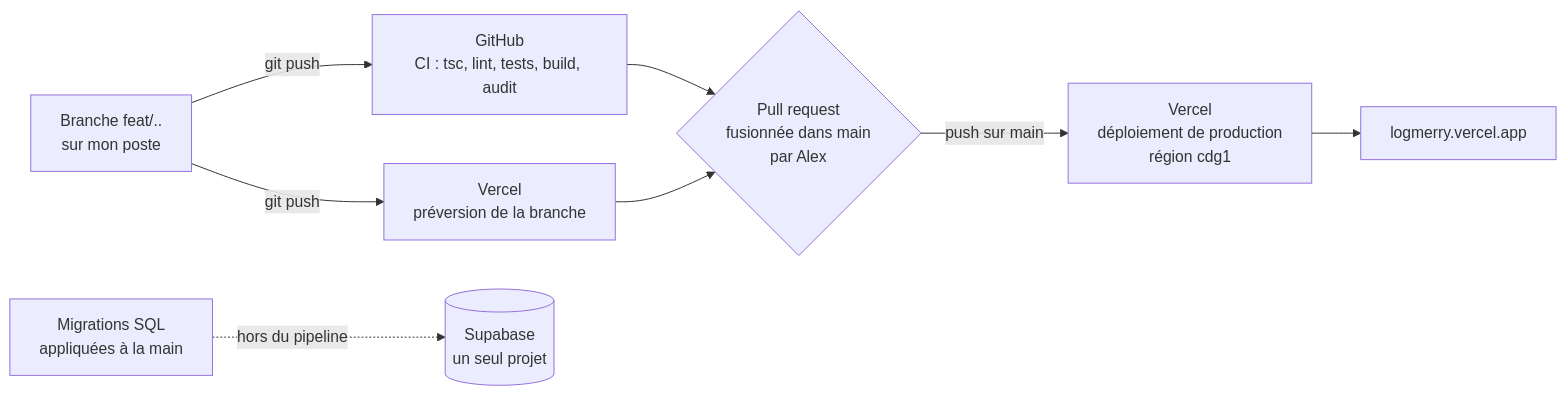
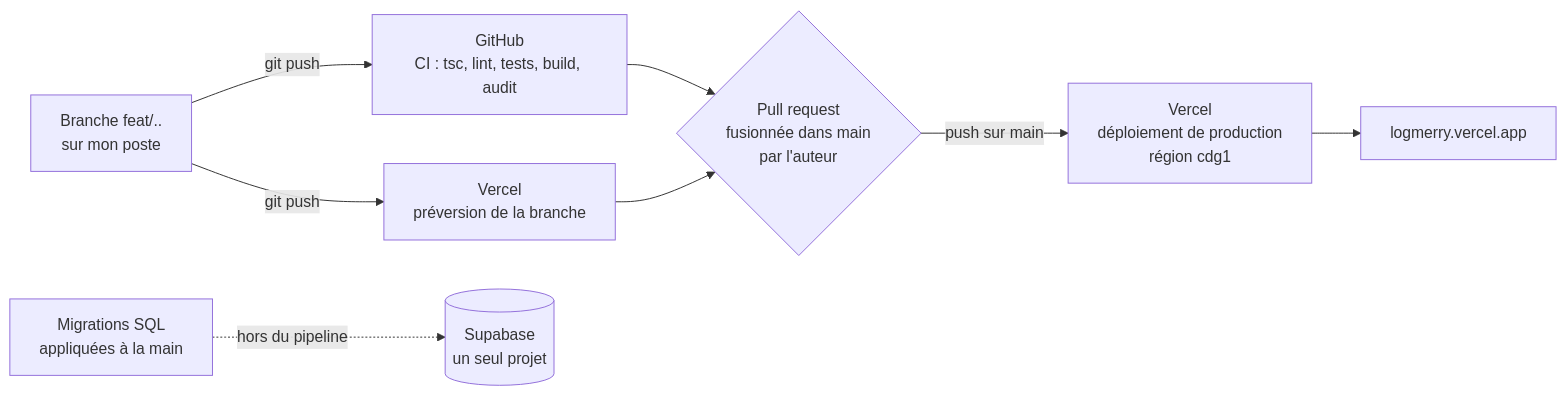
Before and after one commit to alexpericat-dotcom/logmerry: the diagram in docs/livrables/10-deploiement.md, drawn with Mermaid. The commit also changed other lines of this file and 5 other files, not shown here.

Commit message:
docs(livrables): « Alex » remplacé par « l'auteur » (18 lignes, chapitres 3, 5, 8, 9, 10, 11)

````diff
--- a/docs/livrables/10-deploiement.md
+++ b/docs/livrables/10-deploiement.md
@@ -9,10 +9,10 @@
 ```mermaid
 flowchart LR
   A["Branche feat/..<br/>sur mon poste"] -->|"git push"| B["GitHub<br/>CI : tsc, lint, tests, build, audit"]
   A -->|"git push"| C["Vercel<br/>préversion de la branche"]
-  B --> D{"Pull request<br/>fusionnée dans main<br/>par Alex"}
+  B --> D{"Pull request<br/>fusionnée dans main<br/>par l'auteur"}
   C --> D
   D -->|"push sur main"| E["Vercel<br/>déploiement de production<br/>région cdg1"]
   E --> F["logmerry.vercel.app"]
   G["Migrations SQL<br/>appliquées à la main"] -.->|"hors du pipeline"| H[("Supabase<br/>un seul projet")]
 ```
````
